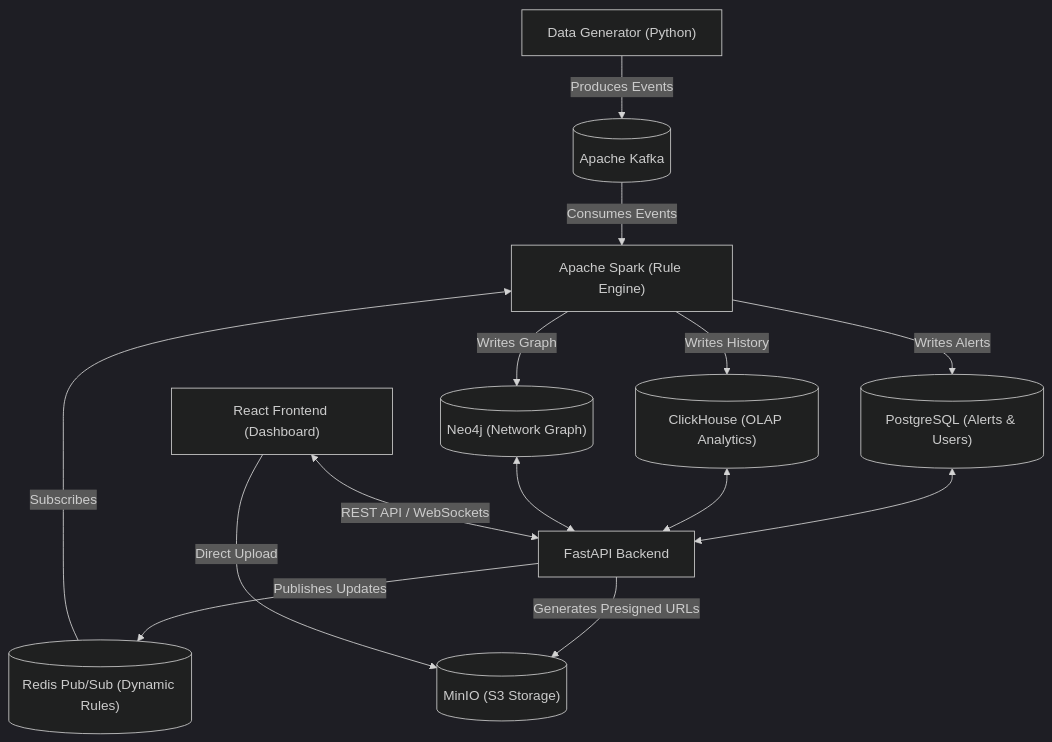
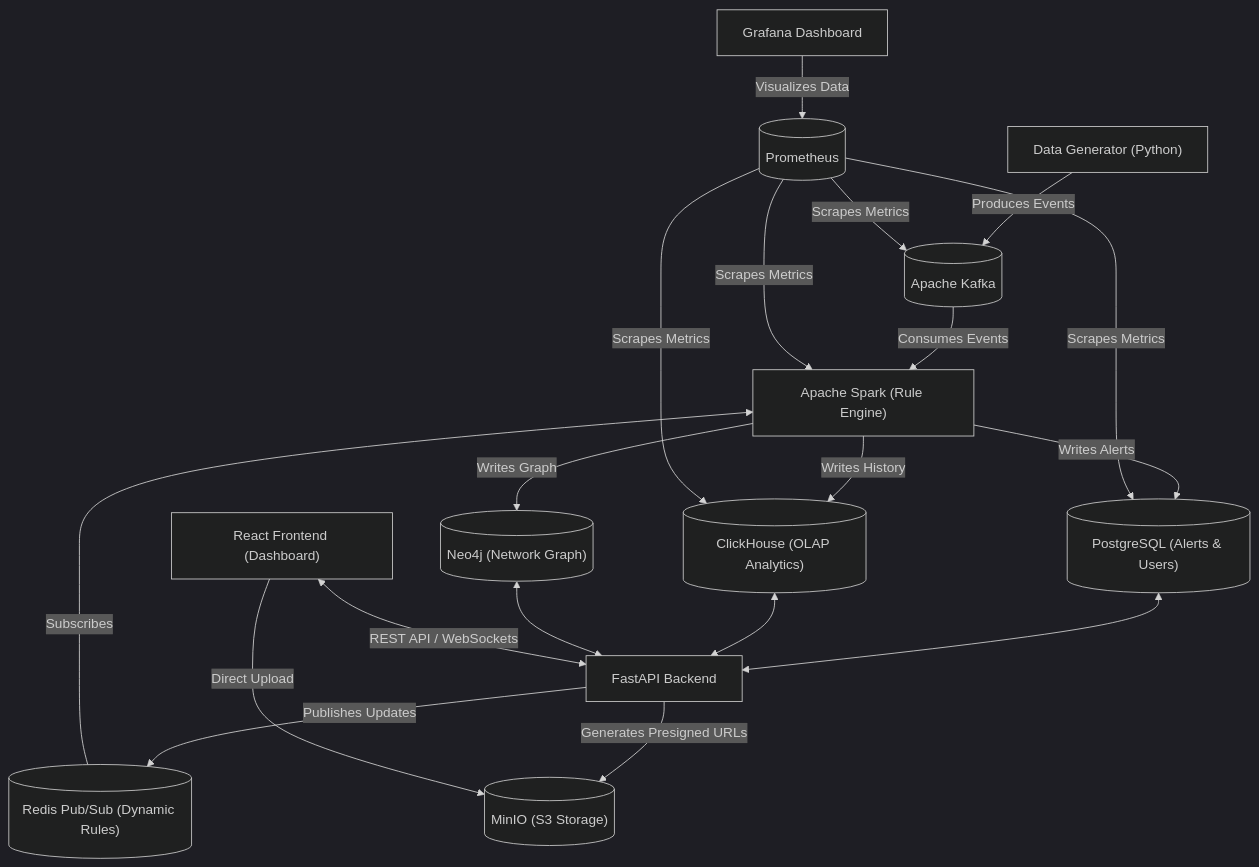
One commit to hquan07/banking_data_platform changed the diagram in README.md. Above: the diagram before and after it, drawn with Mermaid (dark theme). The commit also changed other lines of this file and 7 other files, not shown here.

Commit message:
feat(monitoring): Integrate Prometheus metrics for FastAPI and Kafka Exporter, add Grafana auto-provisioning dashboards, update README

````diff
--- a/README.md
+++ b/README.md
@@ -20,25 +20,32 @@
 ```mermaid
 graph TD
     %% Define Nodes
     Gen["Data Generator (Python)"] -->|Produces Events| Kafka[("Apache Kafka")]
     Kafka -->|Consumes Events| Spark["Apache Spark (Rule Engine)"]
     
     %% Databases
     Spark -->|Writes Alerts| Postgres[("PostgreSQL (Alerts & Users)")]
     Spark -->|Writes History| ClickHouse[("ClickHouse (OLAP Analytics)")]
     Spark -->|Writes Graph| Neo4j[("Neo4j (Network Graph)")]
     
     %% Backend
     Postgres <--> Backend["FastAPI Backend"]
     ClickHouse <--> Backend
     Neo4j <--> Backend
     
     %% Dynamic Rules
     Backend -->|Publishes Updates| Redis[("Redis Pub/Sub (Dynamic Rules)")]
     Redis -->|Subscribes| Spark
     
     %% Storage
     Backend -->|Generates Presigned URLs| MinIO[("MinIO (S3 Storage)")]
     Frontend["React Frontend (Dashboard)"] <-->|REST API / WebSockets| Backend
     Frontend -->|Direct Upload| MinIO
+    
+    %% Monitoring
+    Prometheus[("Prometheus")] -->|Scrapes Metrics| Kafka
+    Prometheus -->|Scrapes Metrics| Spark
+    Prometheus -->|Scrapes Metrics| Postgres
+    Prometheus -->|Scrapes Metrics| ClickHouse
+    Grafana["Grafana Dashboard"] -->|Visualizes Data| Prometheus
 ```
````
